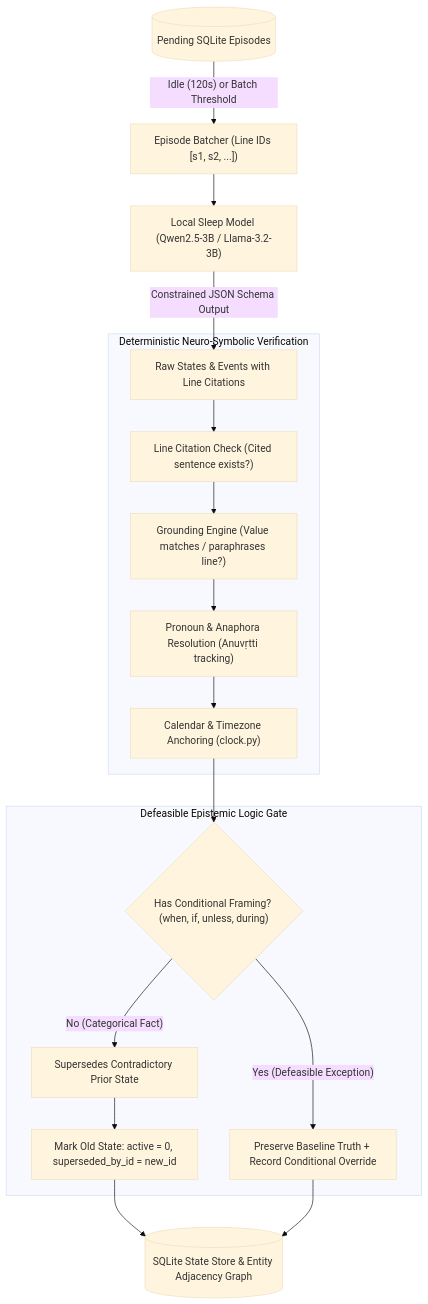
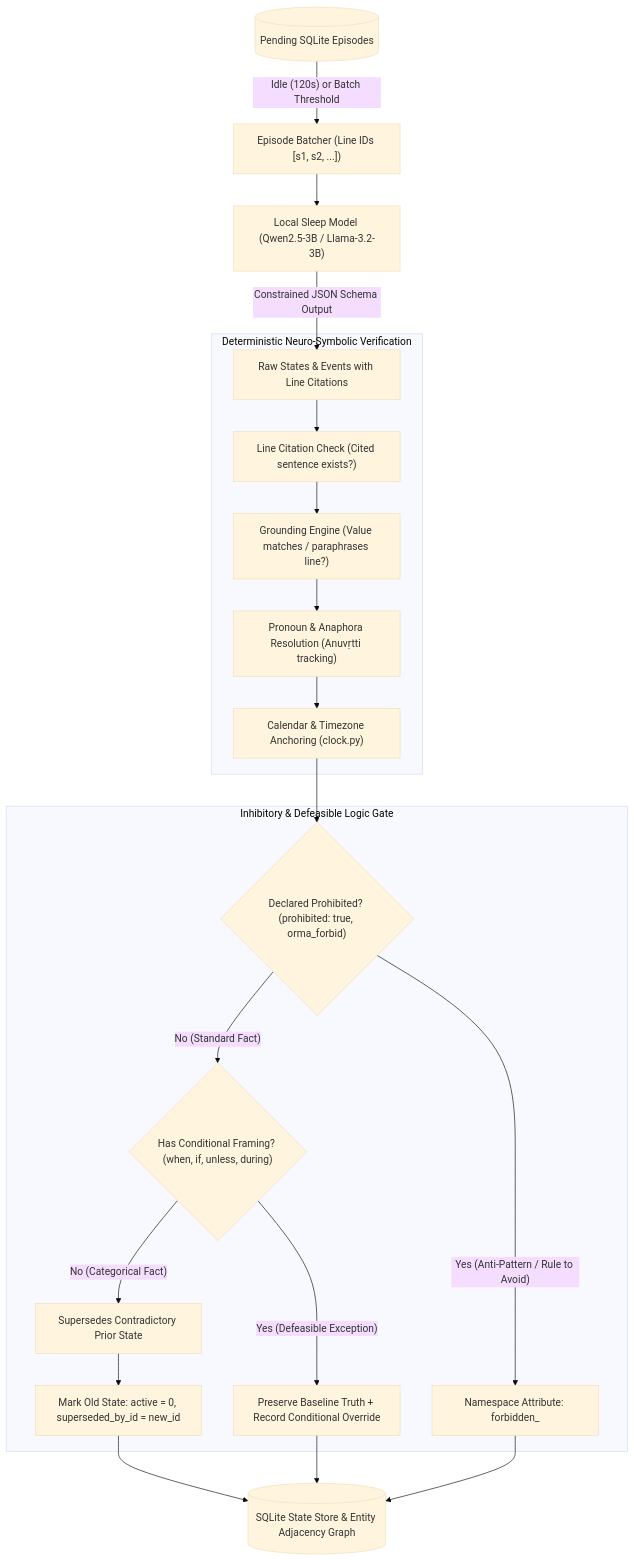
Before and after one commit to wizardwithcodehazard/orma: the second of 4 diagrams in README.md, drawn with Mermaid (base theme). The commit also changed other lines of this file, not shown here.

Commit message:
docs: enrich architecture with 4 detailed mermaid diagrams and inhibitory cognitive grounding

````diff
--- a/README.md
+++ b/README.md
@@ -89,23 +95,26 @@
 ```mermaid
 flowchart TD
     EpisodicLog[("Pending SQLite Episodes")] -->|"Idle (120s) or Batch Threshold"| Batcher["Episode Batcher (Line IDs [s1, s2, ...])"]
     Batcher --> SleepLLM["Local Sleep Model (Qwen2.5-3B / Llama-3.2-3B)"]
     SleepLLM -->|"Constrained JSON Schema Output"| RawExtraction["Raw States & Events with Line Citations"]
 
     subgraph DeterministicVerification ["Deterministic Neuro-Symbolic Verification"]
         RawExtraction --> V1["Line Citation Check (Cited sentence exists?)"]
         V1 --> V2["Grounding Engine (Value matches / paraphrases line?)"]
         V2 --> V3["Pronoun & Anaphora Resolution (Anuvṛtti tracking)"]
         V3 --> V4["Calendar & Timezone Anchoring (clock.py)"]
     end
 
-    subgraph DefeasibleLogic ["Defeasible Epistemic Logic Gate"]
-        V4 --> FrameCheck{"Has Conditional Framing? (when, if, unless, during)"}
+    subgraph InhibitoryAndDefeasibleGate ["Inhibitory & Defeasible Logic Gate"]
+        V4 --> ProhibCheck{"Declared Prohibited? (prohibited: true, orma_forbid)"}
+        ProhibCheck -->|"Yes (Anti-Pattern / Rule to Avoid)"| ForbiddenPrefix["Namespace Attribute: forbidden_<attr>"]
+        ProhibCheck -->|"No (Standard Fact)"| FrameCheck{"Has Conditional Framing? (when, if, unless, during)"}
         FrameCheck -->|"No (Categorical Fact)"| Categorical["Supersedes Contradictory Prior State"]
         Categorical --> CloseOld["Mark Old State: active = 0, superseded_by_id = new_id"]
         FrameCheck -->|"Yes (Defeasible Exception)"| Defeasible["Preserve Baseline Truth + Record Conditional Override"]
     end
 
     CloseOld --> Store[("SQLite State Store & Entity Adjacency Graph")]
     Defeasible --> Store
+    ForbiddenPrefix --> Store
 ```
````
